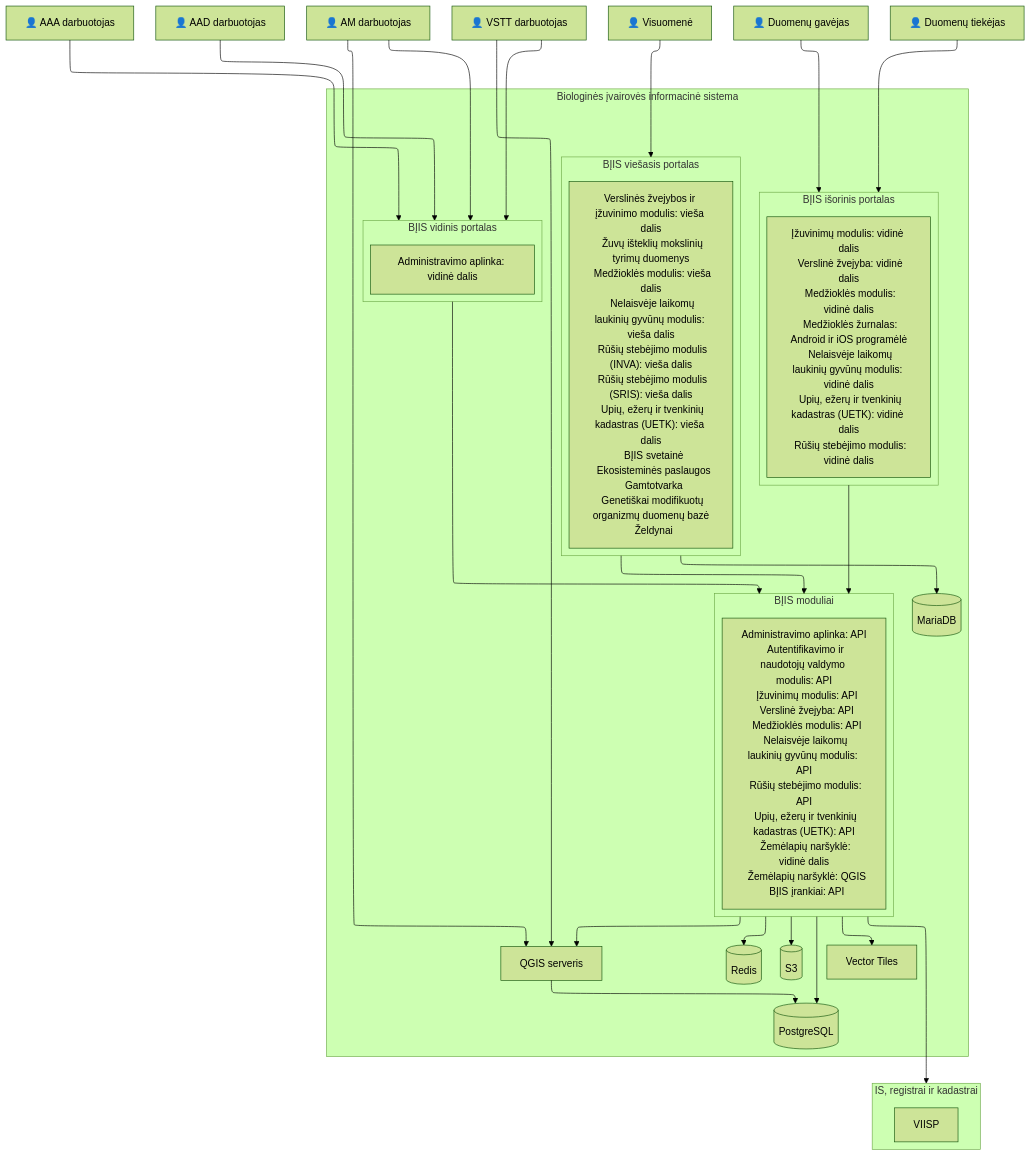
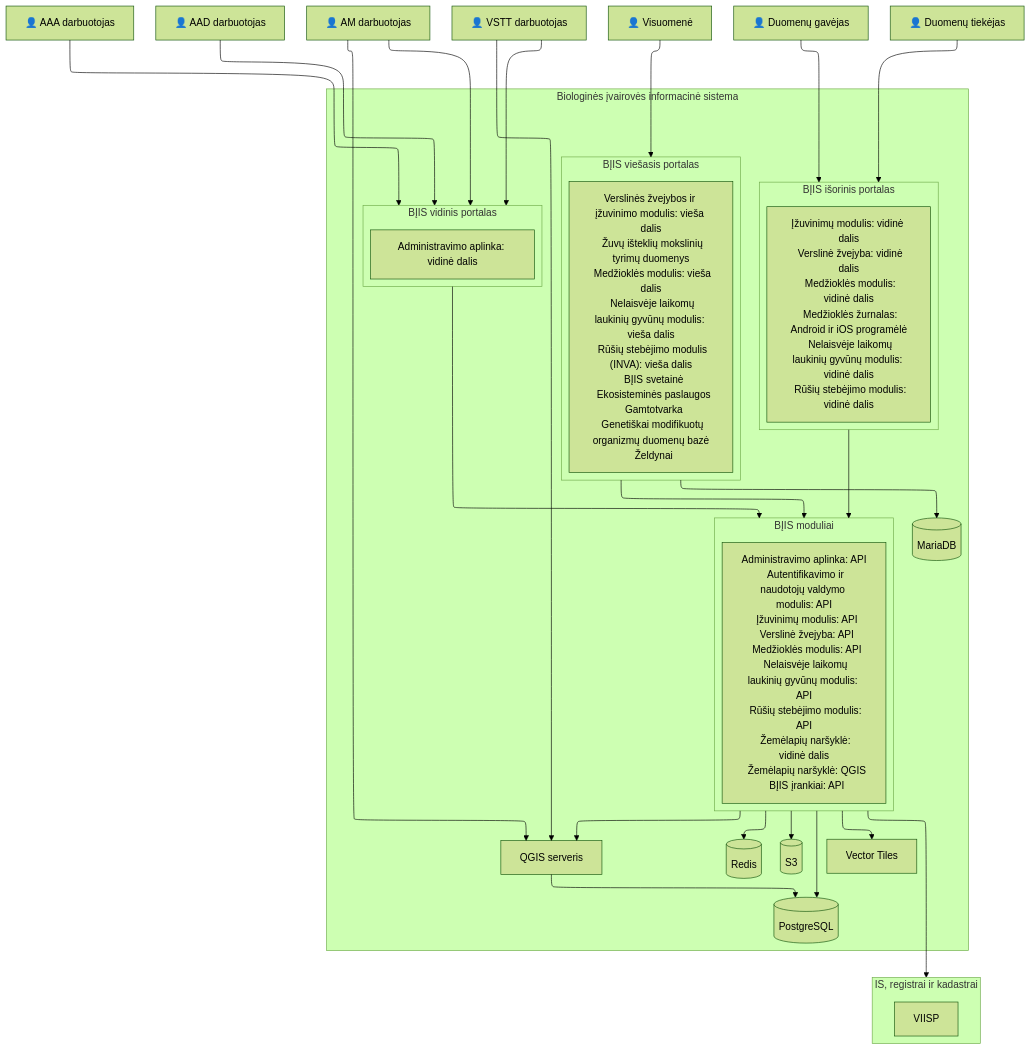
Before and after one commit to AplinkosMinisterija/biip-docs: the diagram in src/schema.md, drawn with Mermaid (forest theme).

Commit message:
remove sris & uetk from schema

```diff
--- a/src/schema.md
+++ b/src/schema.md
@@ -20,7 +20,6 @@
   Medžioklės modulis: vidinė dalis
   Medžioklės žurnalas: Android ir iOS programėlė
   Nelaisvėje laikomų laukinių gyvūnų modulis: vidinė dalis
-  Upių, ežerų ir tvenkinių kadastras (UETK): vidinė dalis
   Rūšių stebėjimo modulis: vidinė dalis"]
 end
 
@@ -30,8 +29,6 @@
   Medžioklės modulis: vieša dalis
   Nelaisvėje laikomų laukinių gyvūnų modulis: vieša dalis
   Rūšių stebėjimo modulis (INVA): vieša dalis
-  Rūšių stebėjimo modulis (SRIS): vieša dalis
-  Upių, ežerų ir tvenkinių kadastras (UETK): vieša dalis
   BĮIS svetainė
   Ekosisteminės paslaugos
   Gamtotvarka
@@ -47,7 +44,6 @@
   Medžioklės modulis: API
   Nelaisvėje laikomų laukinių gyvūnų modulis: API
   Rūšių stebėjimo modulis: API
-  Upių, ežerų ir tvenkinių kadastras (UETK): API
   Žemėlapių naršyklė: vidinė dalis
   Žemėlapių naršyklė: QGIS
   BĮIS įrankiai: API"]
@@ -65,11 +61,10 @@
     viisp["VIISP"]
 %%    alis["ALIS"]
 %%    adresu_registras["Adresų registras"]
-%%    sris_kadastras["Saugomų teritorijų kadastras"]
+%%    st_kadastras["Saugomų teritorijų kadastras"]
 %%    misku_kadastras["Miškų valstybės kadastras"]
 %%    geoportalas["Geoportalas"]
 %%    nekilnojamo_kadastras["Nekilnojamo turto kadastras"]
-%%    uetk["UETK"]
 end
 
 am --> qgis
```
